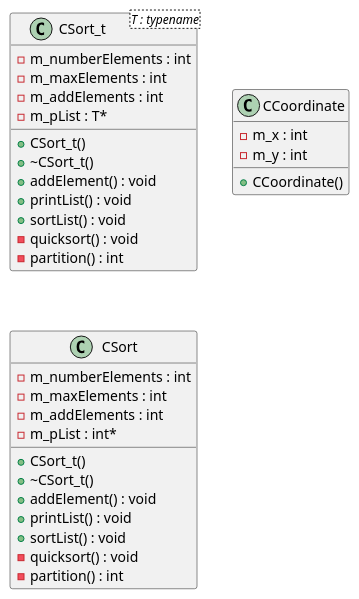
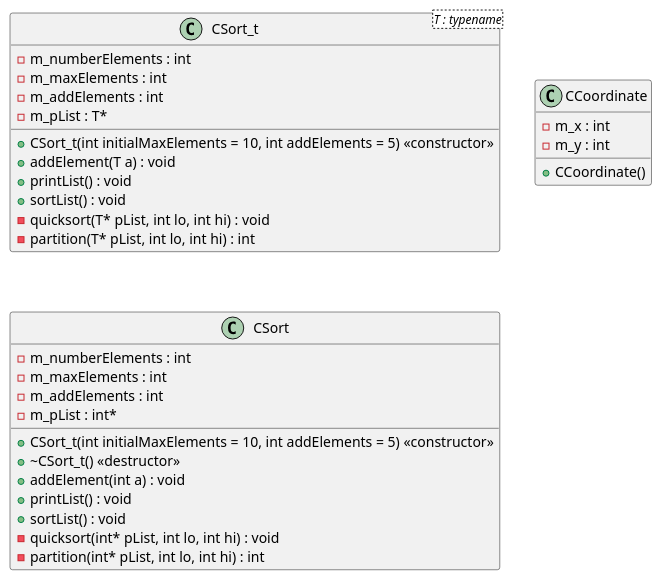
Before and after one commit to Alexander-Wilms/Advanced-Programming-Techniques: diagram 16 of 46 in UML diagrams.md, drawn with PlantUML. The commit also changed other lines of this file and 171 other files, not shown here.

````diff
--- a/UML diagrams.md
+++ b/UML diagrams.md
@@ -816,37 +1320,36 @@
 ```plantuml
 @startuml
 class CSort_t<T : typename> {
 	- m_numberElements : int
 	- m_maxElements : int
 	- m_addElements : int
 	- m_pList : T*
 
-	+ CSort_t()
-	+ ~CSort_t()
-	+ addElement() : void
+	+ CSort_t(int initialMaxElements = 10, int addElements = 5) <<constructor>>
+	+ addElement(T a) : void
 	+ printList() : void
 	+ sortList() : void
-	- quicksort() : void
-	- partition() : int
+	- quicksort(T* pList, int lo, int hi) : void
+	- partition(T* pList, int lo, int hi) : int
 }
 class CCoordinate {
 	- m_x : int
 	- m_y : int
 	+ CCoordinate()
 }
 class CSort {
 	- m_numberElements : int
 	- m_maxElements : int
 	- m_addElements : int
 	- m_pList : int*
 
-	+ CSort_t()
-	+ ~CSort_t()
-	+ addElement() : void
+	+ CSort_t(int initialMaxElements = 10, int addElements = 5) <<constructor>>
+	+ ~CSort_t() <<destructor>>
+	+ addElement(int a) : void
 	+ printList() : void
 	+ sortList() : void
-	- quicksort() : void
-	- partition() : int
+	- quicksort(int* pList, int lo, int hi) : void
+	- partition(int* pList, int lo, int hi) : int
 }
 @enduml
 ```
````
